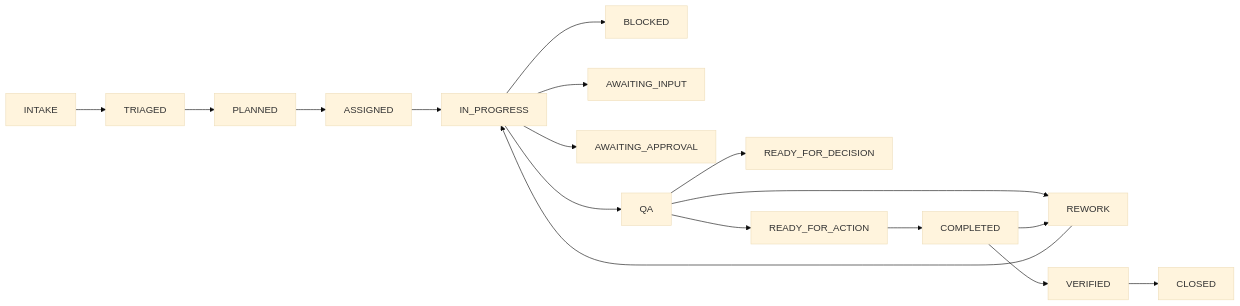
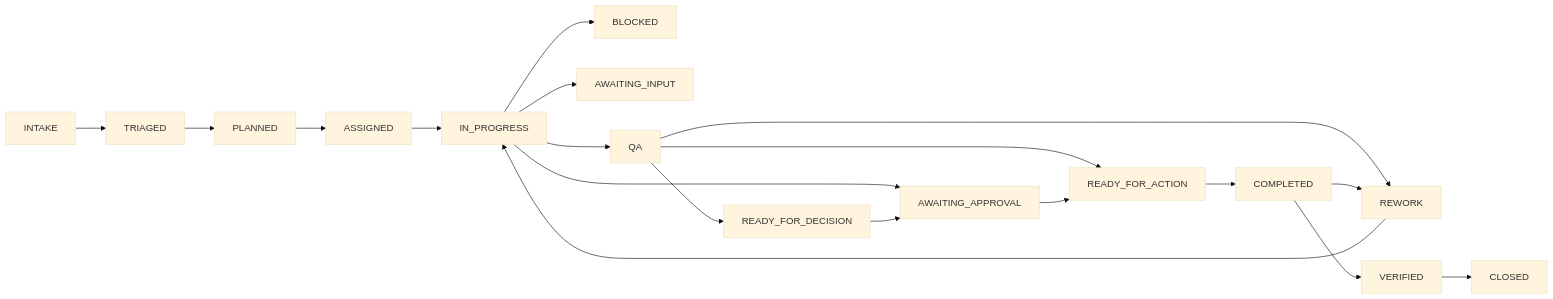
Before and after one commit to mkleinbe/mesh-ai-agent-cos-universe: the third of 7 diagrams in docs/architecture.md, drawn with Mermaid (base theme). The commit also changed other lines of this file, not shown here.

Commit message:
docs: align architecture with Phase 1 executable services

````diff
--- a/docs/architecture.md
+++ b/docs/architecture.md
@@ -22,12 +57,14 @@
 ```mermaid
 flowchart LR
 INTAKE-->TRIAGED-->PLANNED-->ASSIGNED-->IN_PROGRESS
 IN_PROGRESS-->BLOCKED
 IN_PROGRESS-->AWAITING_INPUT
 IN_PROGRESS-->AWAITING_APPROVAL
 IN_PROGRESS-->QA
 QA-->REWORK-->IN_PROGRESS
 QA-->READY_FOR_DECISION
-QA-->READY_FOR_ACTION-->COMPLETED-->VERIFIED-->CLOSED
+QA-->READY_FOR_ACTION-->COMPLETED
+READY_FOR_DECISION-->AWAITING_APPROVAL-->READY_FOR_ACTION
+COMPLETED-->VERIFIED-->CLOSED
 COMPLETED-->REWORK
 ```
````
